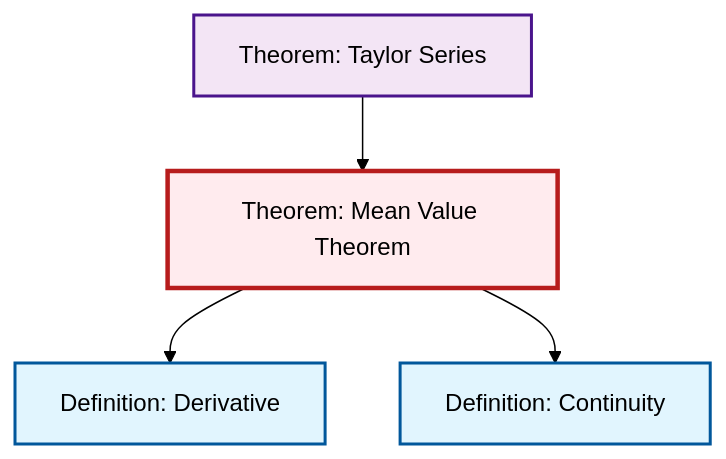
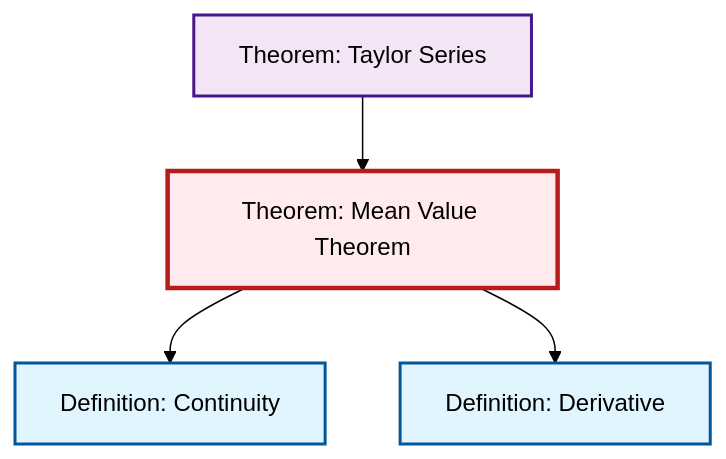
Before and after one commit to RK0429/ModernMath: the diagram in content/en/analysis/thm-mean-value.qmd, drawn with Mermaid (forest theme). The commit also changed other lines of this file and 531 other files, not shown here.

````diff
--- a/content/en/analysis/thm-mean-value.qmd
+++ b/content/en/analysis/thm-mean-value.qmd
@@ -79,20 +79,20 @@
 ```{mermaid}
 %%| fig-cap: "Local dependency graph"
 graph TD
     classDef definition fill:#e1f5fe,stroke:#01579b,stroke-width:2px
     classDef theorem fill:#f3e5f5,stroke:#4a148c,stroke-width:2px
     classDef axiom fill:#fff3e0,stroke:#e65100,stroke-width:2px
     classDef example fill:#e8f5e9,stroke:#1b5e20,stroke-width:2px
     classDef current fill:#ffebee,stroke:#b71c1c,stroke-width:3px
+    def-derivative["Definition: Derivative"]:::definition
+    def-continuity["Definition: Continuity"]:::definition
     thm-taylor-series["Theorem: Taylor Series"]:::theorem
-    def-continuity["Definition: Continuity"]:::definition
-    def-derivative["Definition: Derivative"]:::definition
     thm-mean-value["Theorem: Mean Value Theorem"]:::theorem
+    thm-taylor-series --> thm-mean-value
+    thm-mean-value --> def-continuity
     thm-mean-value --> def-derivative
-    thm-mean-value --> def-continuity
-    thm-taylor-series --> thm-mean-value
     class thm-mean-value current
+    click def-derivative "def-derivative.html" "Go to Derivative definition"
+    click def-continuity "def-continuity.html" "Go to Continuity definition"
     click thm-taylor-series "thm-taylor-series.html" "Go to Taylor Series theorem"
-    click def-continuity "def-continuity.html" "Go to Continuity definition"
-    click def-derivative "def-derivative.html" "Go to Derivative definition"
 ```
````
